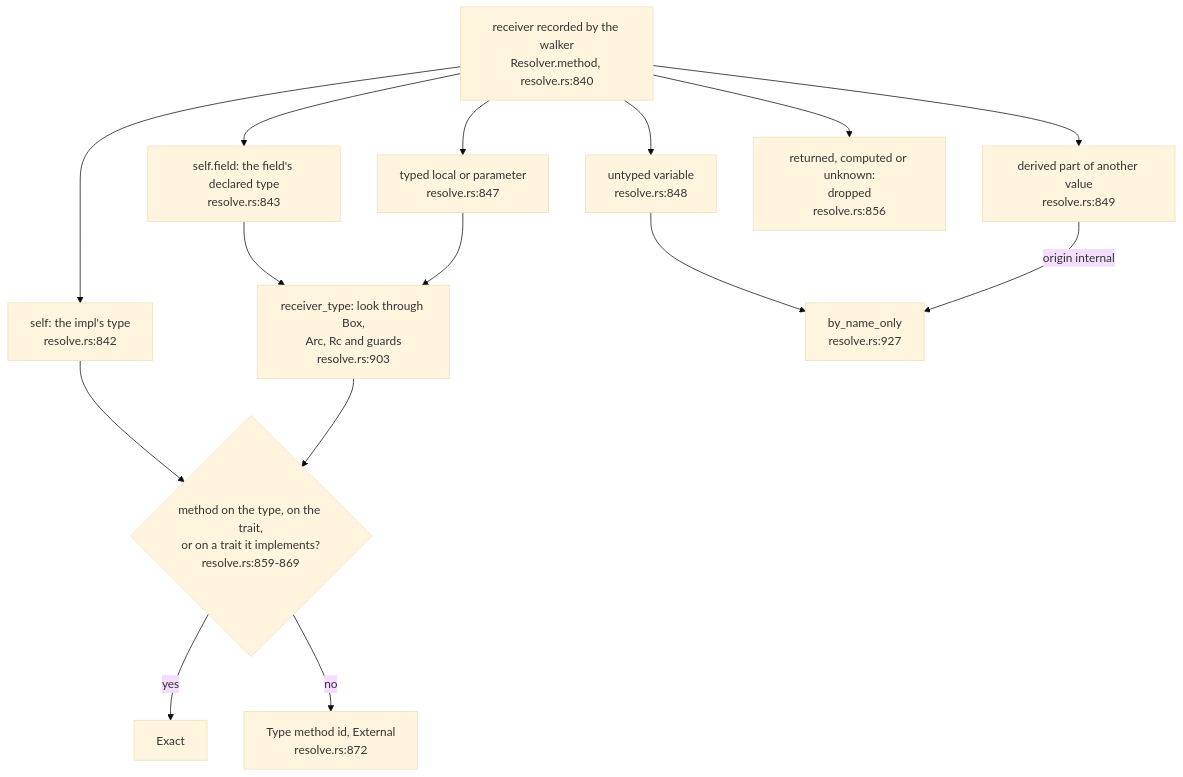
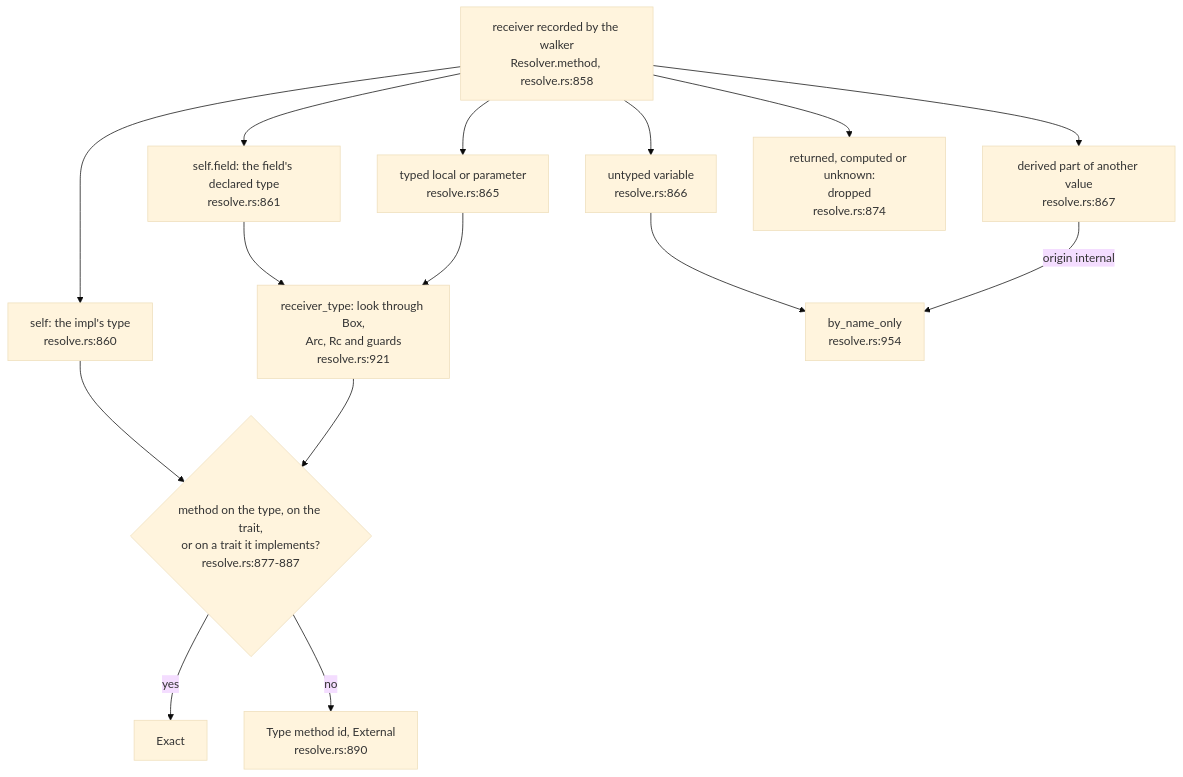
The fourth of 6 diagrams in docs/diagrams/extract/05-workspace-name-resolution.md (DreamLab-AI/codemaid), drawn with Mermaid (base theme) before and after one commit. The commit also changed other lines of this file and 23 other files, not shown here.

````diff
--- a/docs/diagrams/extract/05-workspace-name-resolution.md
+++ b/docs/diagrams/extract/05-workspace-name-resolution.md
@@ -179,28 +189,28 @@
 ```mermaid
 flowchart TB
-    R["receiver recorded by the walker<br/>Resolver.method, resolve.rs:840"]
-    SV["self: the impl's type<br/>resolve.rs:842"]
-    SF["self.field: the field's declared type<br/>resolve.rs:843"]
-    TY["typed local or parameter<br/>resolve.rs:847"]
-    UT["untyped variable<br/>resolve.rs:848"]
-    DV["derived part of another value<br/>resolve.rs:849"]
-    DR["returned, computed or unknown:<br/>dropped<br/>resolve.rs:856"]
-    RT["receiver_type: look through Box,<br/>Arc, Rc and guards<br/>resolve.rs:903"]
-    LK{"method on the type, on the trait,<br/>or on a trait it implements?<br/>resolve.rs:859-869"}
+    R["receiver recorded by the walker<br/>Resolver.method, resolve.rs:858"]
+    SV["self: the impl's type<br/>resolve.rs:860"]
+    SF["self.field: the field's declared type<br/>resolve.rs:861"]
+    TY["typed local or parameter<br/>resolve.rs:865"]
+    UT["untyped variable<br/>resolve.rs:866"]
+    DV["derived part of another value<br/>resolve.rs:867"]
+    DR["returned, computed or unknown:<br/>dropped<br/>resolve.rs:874"]
+    RT["receiver_type: look through Box,<br/>Arc, Rc and guards<br/>resolve.rs:921"]
+    LK{"method on the type, on the trait,<br/>or on a trait it implements?<br/>resolve.rs:877-887"}
     EX["Exact"]
-    UM["Type method id, External<br/>resolve.rs:872"]
-    BN["by_name_only<br/>resolve.rs:927"]
+    UM["Type method id, External<br/>resolve.rs:890"]
+    BN["by_name_only<br/>resolve.rs:954"]
     SV --> LK
     SF --> RT
     TY --> RT
     RT --> LK
     LK -->|yes| EX
     LK -->|no| UM
     R --> SV
     R --> SF
     R --> TY
     R --> UT --> BN
     R --> DV
     R --> DR
     DV -->|origin internal| BN
 ```
````
